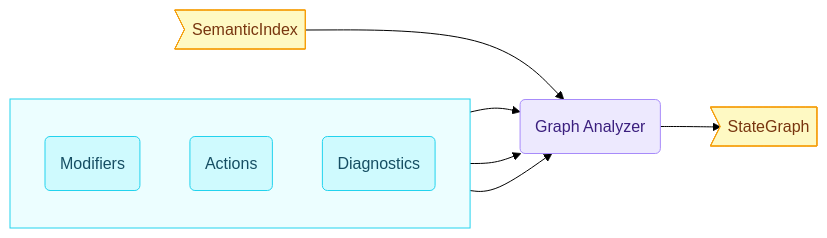
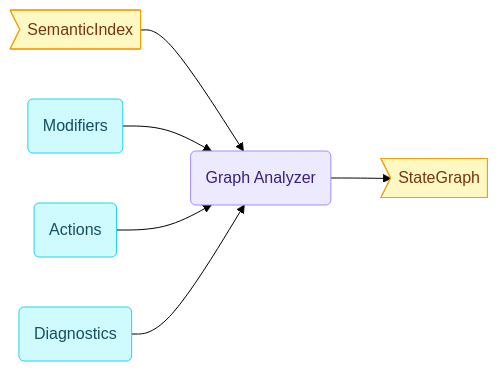
Before and after one commit to sfalik/Precept: the fifth of 10 diagrams in docs/compiler-and-runtime-design.md, drawn with Mermaid (forest theme). The commit also changed other lines of this file, not shown here.

First line of the commit message:
docs: remove subgraph wrappers from catalog nodes in per-stage pipeline diagrams

````diff
--- a/docs/compiler-and-runtime-design.md
+++ b/docs/compiler-and-runtime-design.md
@@ -585,26 +575,21 @@
 ```mermaid
 flowchart LR
     classDef input   fill:#dbeafe,stroke:#60a5fa,color:#1e3a5f
     classDef catalog fill:#cffafe,stroke:#22d3ee,color:#164e63
     classDef stage   fill:#ede9fe,stroke:#a78bfa,color:#3b1f7e
     classDef out     fill:#fef9c3,stroke:#f59e0b,color:#78350f
 
     TM>"SemanticIndex"]:::out
     GA(Graph Analyzer):::stage
     OUT>"StateGraph"]:::out
 
-    subgraph CATS[" "]
-        direction TB
-        CMOD("Modifiers"):::catalog
-        CACT("Actions"):::catalog
-        CDIA("Diagnostics"):::catalog
-    end
-
-    style CATS fill:#ecfeff,stroke:#22d3ee,color:#164e63
+    CMOD(Modifiers):::catalog
+    CACT(Actions):::catalog
+    CDIA(Diagnostics):::catalog
 
     TM --> GA
     CMOD --> GA
     CACT --> GA
     CDIA --> GA
     GA --> OUT
 ```
````
